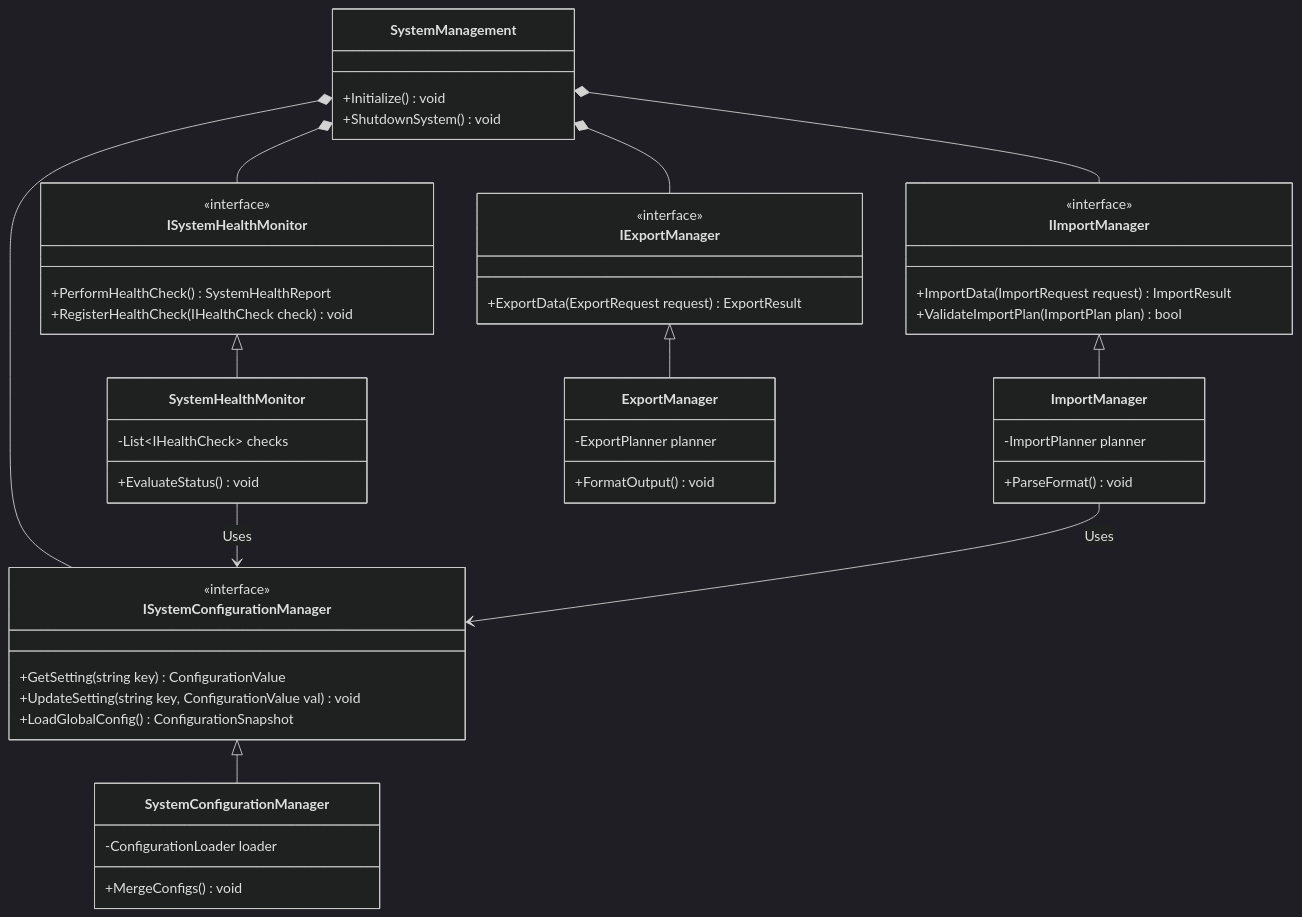
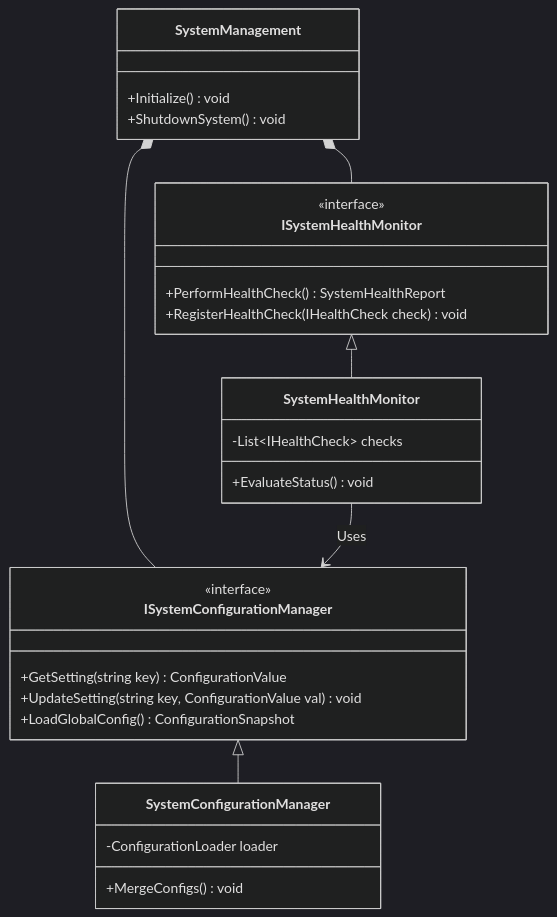
One commit to manaxpow/DBMS changed diagram 11 of 11 in README.md. Above: the diagram before and after it, drawn with Mermaid (dark theme). The commit also changed other lines of this file and 97 other files, not shown here.

````diff
--- a/README.md
+++ b/README.md
@@ -859,62 +811,40 @@
 ```mermaid
 classDiagram
     direction TB
 
     class SystemManagement {
         +Initialize() void
         +ShutdownSystem() void
     }
 
     class ISystemConfigurationManager {
         <<interface>>
         +GetSetting(string key) ConfigurationValue
         +UpdateSetting(string key, ConfigurationValue val) void
         +LoadGlobalConfig() ConfigurationSnapshot
     }
     class SystemConfigurationManager {
         -ConfigurationLoader loader
         +MergeConfigs() void
     }
 
     class ISystemHealthMonitor {
         <<interface>>
         +PerformHealthCheck() SystemHealthReport
         +RegisterHealthCheck(IHealthCheck check) void
     }
     class SystemHealthMonitor {
         -List~IHealthCheck~ checks
         +EvaluateStatus() void
     }
 
-    class IImportManager {
-        <<interface>>
-        +ImportData(ImportRequest request) ImportResult
-        +ValidateImportPlan(ImportPlan plan) bool
-    }
-    class ImportManager {
-        -ImportPlanner planner
-        +ParseFormat() void
-    }
 
-    class IExportManager {
-        <<interface>>
-        +ExportData(ExportRequest request) ExportResult
-    }
-    class ExportManager {
-        -ExportPlanner planner
-        +FormatOutput() void
-    }
 
     ISystemConfigurationManager <|-- SystemConfigurationManager
     ISystemHealthMonitor <|-- SystemHealthMonitor
-    IImportManager <|-- ImportManager
-    IExportManager <|-- ExportManager
 
     SystemManagement *-- ISystemConfigurationManager
     SystemManagement *-- ISystemHealthMonitor
-    SystemManagement *-- IImportManager
-    SystemManagement *-- IExportManager
 
     SystemHealthMonitor --> ISystemConfigurationManager : Uses
-    ImportManager --> ISystemConfigurationManager : Uses
 ```
````
